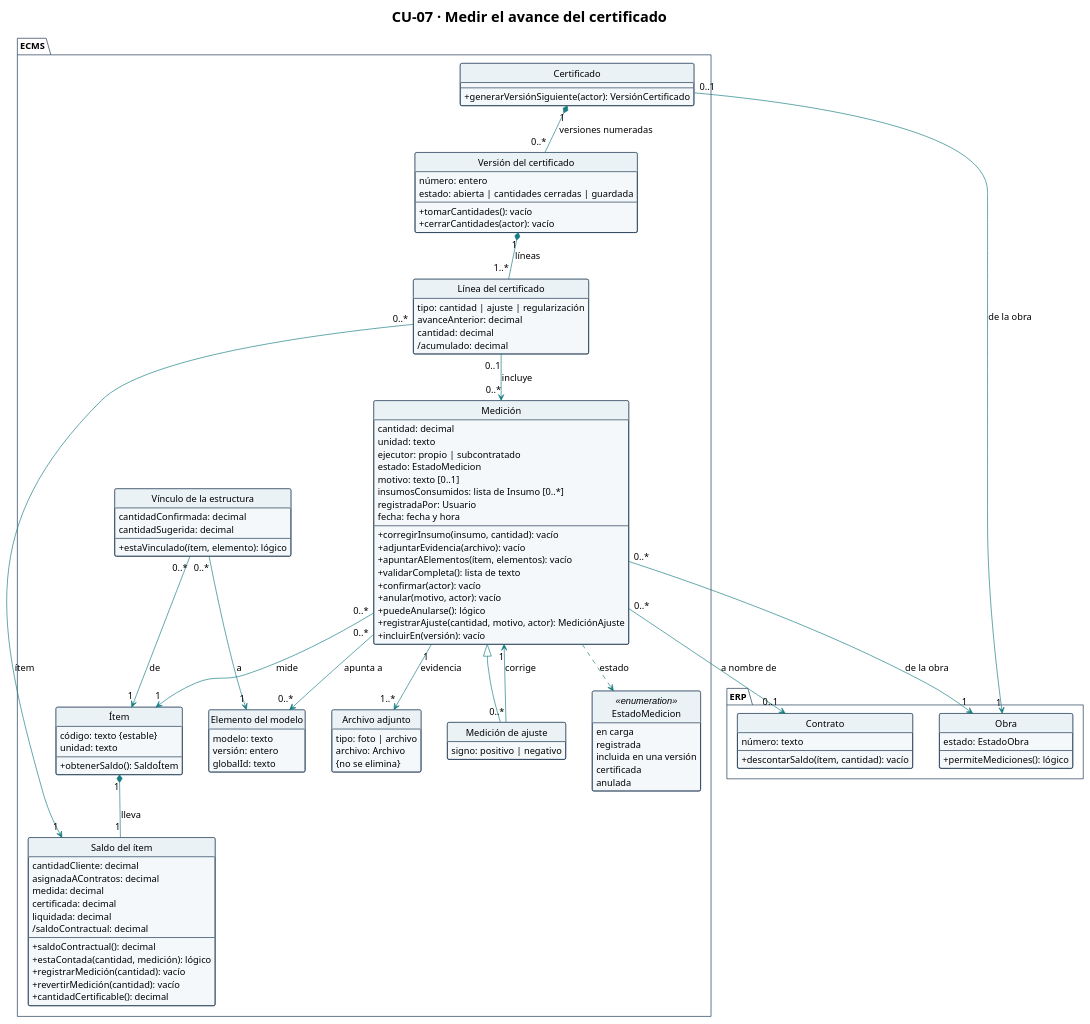
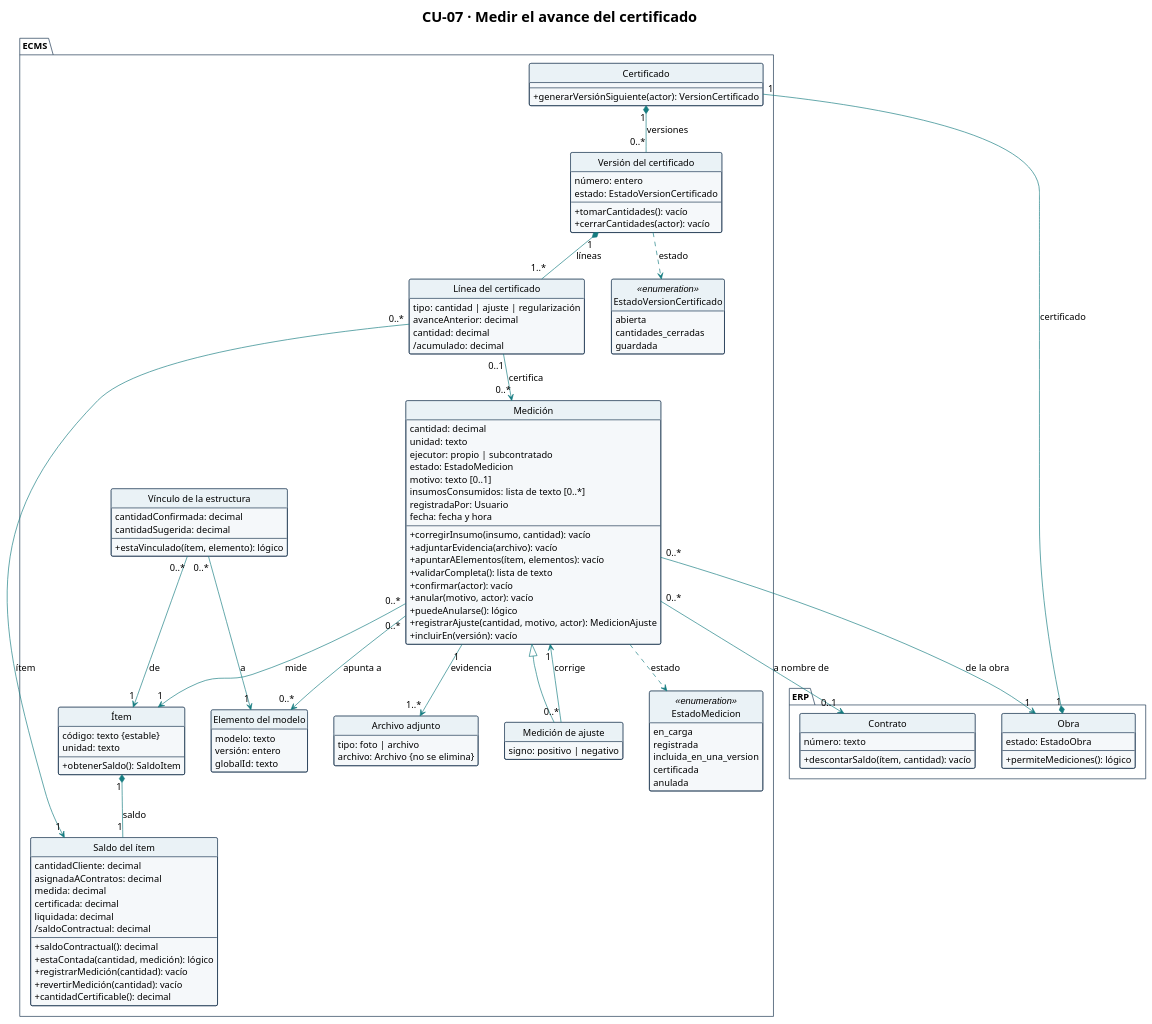
One commit to Ssrrb/tpf-uca changed the diagram in diagramas/CU-07-clases.puml. Above: the diagram before and after it, drawn with PlantUML. The commit also changed 26 other files, not shown here.

```diff
--- a/diagramas/CU-07-clases.puml
+++ b/diagramas/CU-07-clases.puml
@@ -1,157 +1,163 @@
 @startuml
 !theme plain
 skinparam style strictuml
 title CU-07 · Medir el avance del certificado
 hide circle
 hide empty methods
 hide empty fields
 skinparam shadowing false
 skinparam classAttributeIconSize 0
 skinparam defaultFontName Arial
 skinparam defaultFontSize 14
 skinparam nodesep 40
 skinparam ranksep 50
 skinparam ArrowColor #167C80
 skinparam class {
   BackgroundColor #F5F8FA
   BorderColor #17324D
   HeaderBackgroundColor #EAF2F6
 }
 skinparam package {
   BackgroundColor #FFFFFF
   BorderColor #17324D
 }
 skinparam note {
   BackgroundColor #FFFFFF
   BorderColor #17324D
 }
 package "ECMS" {
   class "Ítem" as Item {
     código: texto {estable}
     unidad: texto
     --
-    + obtenerSaldo(): SaldoÍtem
+    + obtenerSaldo(): SaldoItem
   }
 
   class "Saldo del ítem" as SaldoItem {
     cantidadCliente: decimal
     asignadaAContratos: decimal
     medida: decimal
     certificada: decimal
     liquidada: decimal
     /saldoContractual: decimal
     --
     + saldoContractual(): decimal
     + estaContada(cantidad, medición): lógico
     + registrarMedición(cantidad): vacío
     + revertirMedición(cantidad): vacío
     + cantidadCertificable(): decimal
   }
 
   class "Medición" as Medicion {
     cantidad: decimal
     unidad: texto
     ejecutor: propio | subcontratado
     estado: EstadoMedicion
     motivo: texto [0..1]
-    insumosConsumidos: lista de Insumo [0..*]
+    insumosConsumidos: lista de texto [0..*]
     registradaPor: Usuario
     fecha: fecha y hora
     --
     + corregirInsumo(insumo, cantidad): vacío
     + adjuntarEvidencia(archivo): vacío
     + apuntarAElementos(ítem, elementos): vacío
     + validarCompleta(): lista de texto
     + confirmar(actor): vacío
     + anular(motivo, actor): vacío
     + puedeAnularse(): lógico
-    + registrarAjuste(cantidad, motivo, actor): MediciónAjuste
+    + registrarAjuste(cantidad, motivo, actor): MedicionAjuste
     + incluirEn(versión): vacío
   }
 
   class "Medición de ajuste" as MedicionAjuste {
     signo: positivo | negativo
   }
 
   class "Archivo adjunto" as ArchivoAdjunto {
     tipo: foto | archivo
-    archivo: Archivo
-    {no se elimina}
+    archivo: Archivo {no se elimina}
   }
 
   class "Vínculo de la estructura" as VinculoEstructura {
     cantidadConfirmada: decimal
     cantidadSugerida: decimal
     --
     + estaVinculado(ítem, elemento): lógico
   }
 
   class "Elemento del modelo" as ElementoModelo {
     modelo: texto
     versión: entero
     globalId: texto
   }
 
   class "Certificado" as Certificado {
     --
-    + generarVersiónSiguiente(actor): VersiónCertificado
+    + generarVersiónSiguiente(actor): VersionCertificado
   }
 
   class "Versión del certificado" as VersionCertificado {
     número: entero
-    estado: abierta | cantidades cerradas | guardada
+    estado: EstadoVersionCertificado
     --
     + tomarCantidades(): vacío
     + cerrarCantidades(actor): vacío
+  }
+
+  enum EstadoVersionCertificado <<enumeration>> {
+    abierta
+    cantidades_cerradas
+    guardada
   }
 
   class "Línea del certificado" as LineaCertificado {
     tipo: cantidad | ajuste | regularización
     avanceAnterior: decimal
     cantidad: decimal
     /acumulado: decimal
   }
 
   enum EstadoMedicion <<enumeration>> {
-    en carga
+    en_carga
     registrada
-    incluida en una versión
+    incluida_en_una_version
     certificada
     anulada
   }
 }
 
 package "ERP" {
   class Obra {
     estado: EstadoObra
     --
     + permiteMediciones(): lógico
   }
 
   class Contrato {
     número: texto
     --
     + descontarSaldo(ítem, cantidad): vacío
   }
 
 }
 
-Item "1" *-- "1" SaldoItem : lleva
+Item "1" *-- "1" SaldoItem : saldo
 Medicion "0..*" --> "1" Item : mide
 Medicion "0..*" --> "1" Obra : de la obra
 Medicion "0..*" --> "0..1" Contrato : a nombre de
 Medicion "1" --> "1..*" ArchivoAdjunto : evidencia
 Medicion "0..*" --> "0..*" ElementoModelo : apunta a
 VinculoEstructura "0..*" --> "1" Item : de
 VinculoEstructura "0..*" --> "1" ElementoModelo : a
 Medicion <|-- MedicionAjuste
 MedicionAjuste "0..*" --> "1" Medicion : corrige
-Certificado "0..1" --> "1" Obra : de la obra
-Certificado "1" *-- "0..*" VersionCertificado : versiones numeradas
+Obra "1" *-- "1" Certificado : certificado
+Certificado "1" *-- "0..*" VersionCertificado : versiones
 VersionCertificado "1" *-- "1..*" LineaCertificado : líneas
-LineaCertificado "0..1" --> "0..*" Medicion : incluye
+LineaCertificado "0..1" --> "0..*" Medicion : certifica
 LineaCertificado "0..*" --> "1" SaldoItem : ítem
 
 Medicion ..> EstadoMedicion : estado
+VersionCertificado ..> EstadoVersionCertificado : estado
 
 @enduml
```
